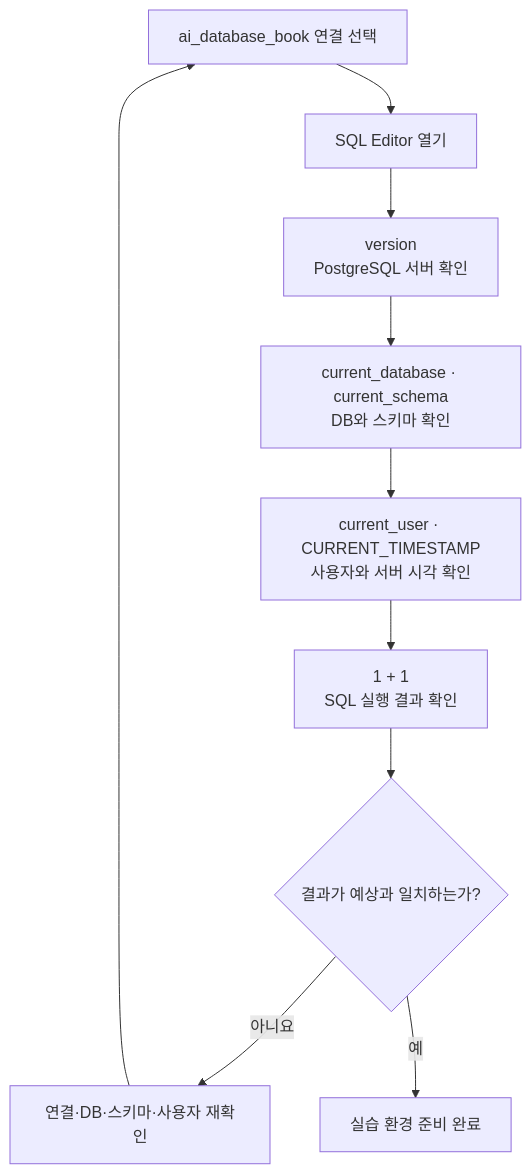
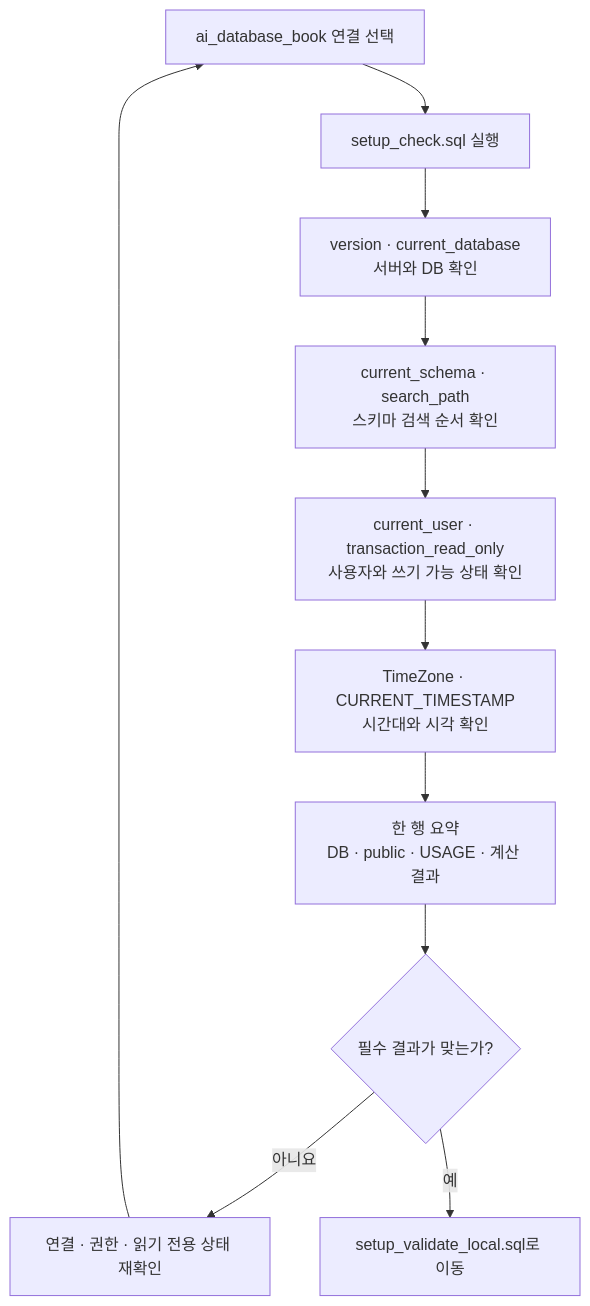
Before and after one commit to GilbertMoon/ai-database-book: the diagram in images/chapter03/ch03_04_sql_execution_check_flow.mmd, drawn with Mermaid.

Commit message:
Update Chapter 03 environment check diagram source

```diff
--- a/images/chapter03/ch03_04_sql_execution_check_flow.mmd
+++ b/images/chapter03/ch03_04_sql_execution_check_flow.mmd
@@ -1,13 +1,14 @@
 flowchart TD
     A[ai_database_book 연결 선택]
-    B[SQL Editor 열기]
-    C[version<br/>PostgreSQL 서버 확인]
-    D[current_database · current_schema<br/>DB와 스키마 확인]
-    E[current_user · CURRENT_TIMESTAMP<br/>사용자와 서버 시각 확인]
-    F[1 + 1<br/>SQL 실행 결과 확인]
-    G{결과가 예상과 일치하는가?}
-    H[연결·DB·스키마·사용자 재확인]
-    I[실습 환경 준비 완료]
-    A --> B --> C --> D --> E --> F --> G
-    G -- 아니요 --> H --> A
-    G -- 예 --> I
+    B[setup_check.sql 실행]
+    C[version · current_database<br/>서버와 DB 확인]
+    D[current_schema · search_path<br/>스키마 검색 순서 확인]
+    E[current_user · transaction_read_only<br/>사용자와 쓰기 가능 상태 확인]
+    F[TimeZone · CURRENT_TIMESTAMP<br/>시간대와 시각 확인]
+    G[한 행 요약<br/>DB · public · USAGE · 계산 결과]
+    H{필수 결과가 맞는가?}
+    I[연결 · 권한 · 읽기 전용 상태 재확인]
+    J[setup_validate_local.sql로 이동]
+    A --> B --> C --> D --> E --> F --> G --> H
+    H -- 아니요 --> I --> A
+    H -- 예 --> J
```
